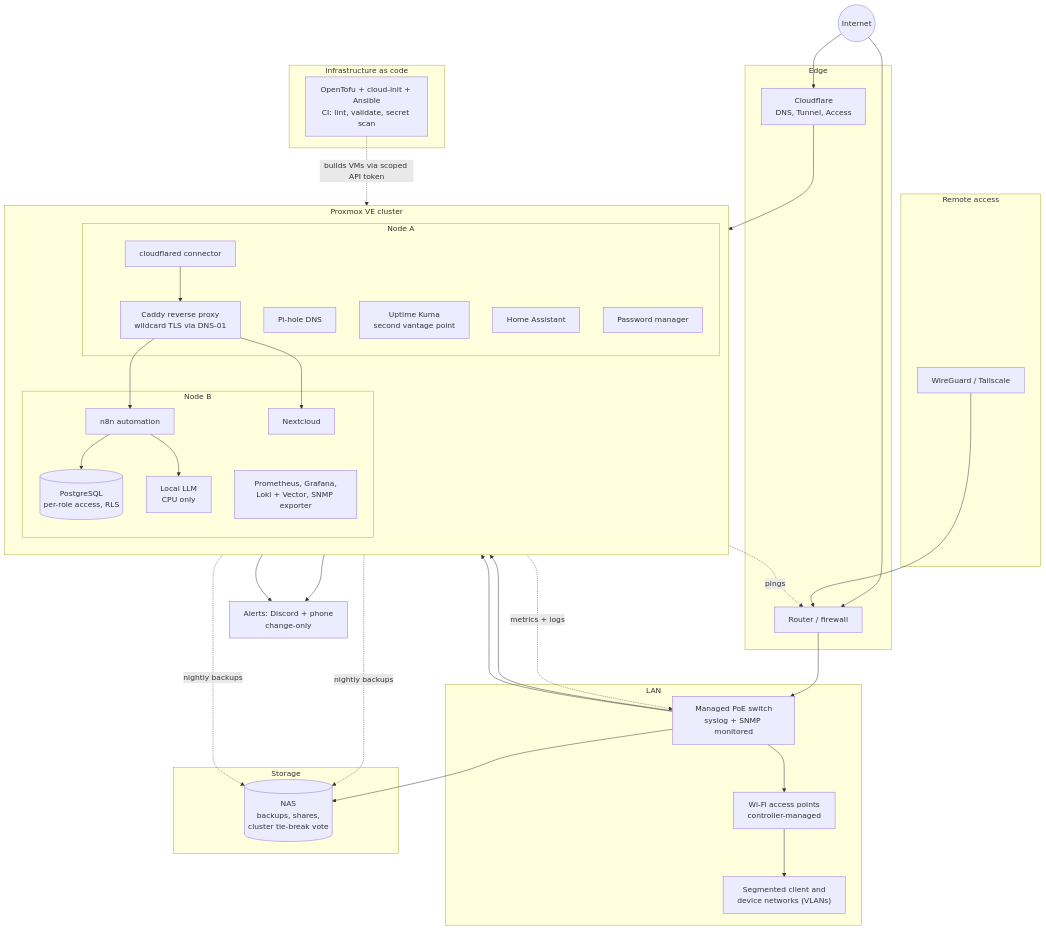
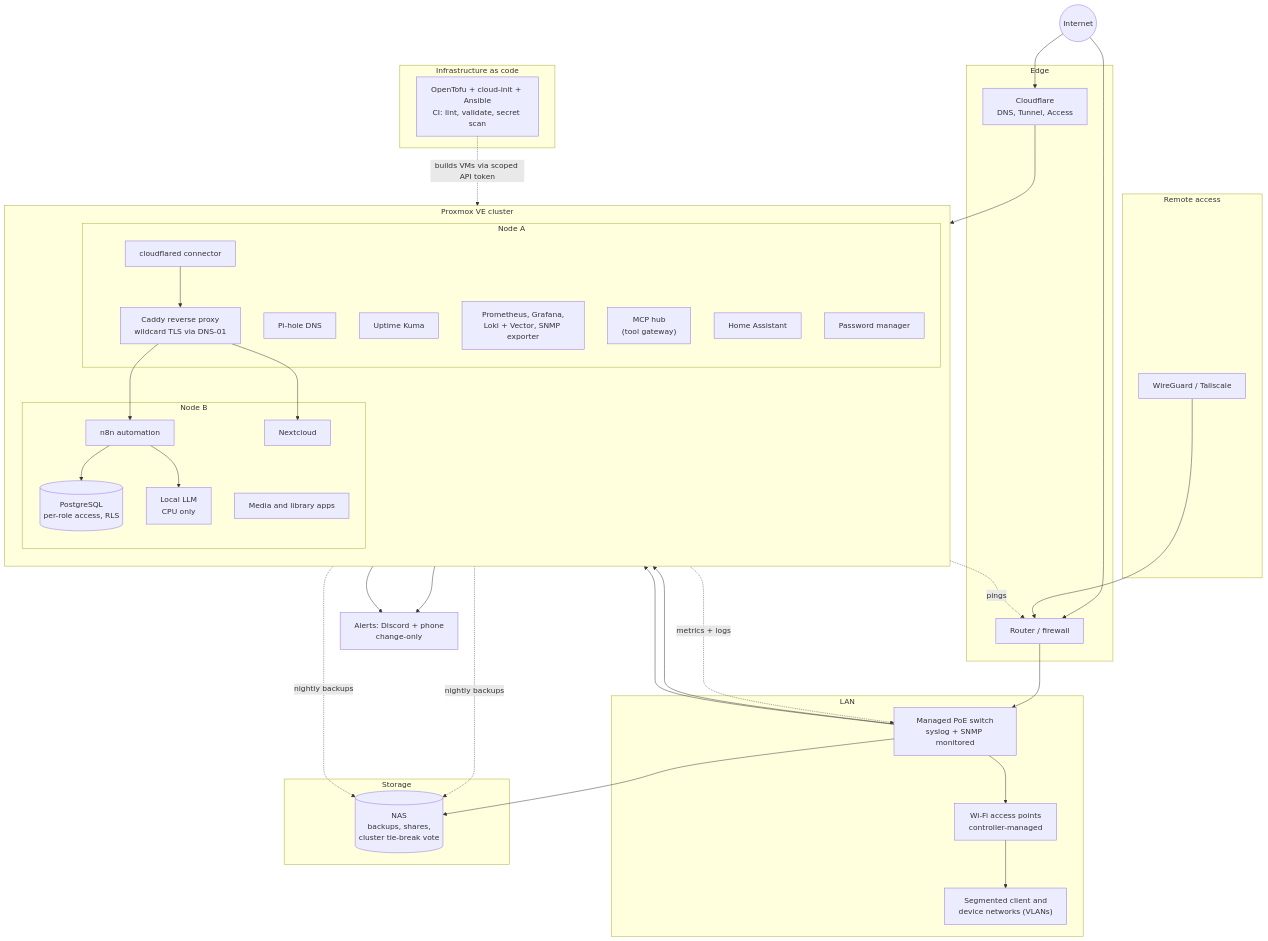
The diagram in homelab-architecture/README.md (ConvictSarge/Projects), drawn with Mermaid before and after one commit. The commit also changed other lines of this file and 1 other file, not shown here.

Commit message:
homelab-architecture: add VLAN network map, correct monitoring placement

````diff
--- a/homelab-architecture/README.md
+++ b/homelab-architecture/README.md
@@ -5,68 +7,70 @@
 ```mermaid
 flowchart TB
     internet((Internet))
 
     subgraph edge["Edge"]
         cf["Cloudflare<br/>DNS, Tunnel, Access"]
         router["Router / firewall"]
     end
 
     subgraph lan["LAN"]
         switch["Managed PoE switch<br/>syslog + SNMP monitored"]
         aps["Wi-Fi access points<br/>controller-managed"]
         segs["Segmented client and<br/>device networks (VLANs)"]
     end
 
     subgraph cluster["Proxmox VE cluster"]
         direction TB
         subgraph nodeA["Node A"]
             dns["Pi-hole DNS"]
             proxy["Caddy reverse proxy<br/>wildcard TLS via DNS-01"]
             tunnel["cloudflared connector"]
-            kuma["Uptime Kuma<br/>second vantage point"]
+            kuma["Uptime Kuma"]
+            obs["Prometheus, Grafana,<br/>Loki + Vector, SNMP exporter"]
+            hub["MCP hub<br/>(tool gateway)"]
             ha["Home Assistant"]
             vault1["Password manager"]
         end
         subgraph nodeB["Node B"]
             n8n["n8n automation"]
             pg[("PostgreSQL<br/>per-role access, RLS")]
             llm["Local LLM<br/>CPU only"]
-            obs["Prometheus, Grafana,<br/>Loki + Vector, SNMP exporter"]
             files["Nextcloud"]
+            media["Media and library apps"]
         end
     end
 
     subgraph storage["Storage"]
         nas[("NAS<br/>backups, shares,<br/>cluster tie-break vote")]
     end
 
     subgraph remote["Remote access"]
         vpn["WireGuard / Tailscale"]
     end
 
     subgraph code["Infrastructure as code"]
         iac["OpenTofu + cloud-init + Ansible<br/>CI: lint, validate, secret scan"]
     end
 
     alerts["Alerts: Discord + phone<br/>change-only"]
 
     internet --> cf --> tunnel
     internet --> router --> switch
     switch --> aps --> segs
     switch --> nodeA
     switch --> nodeB
     switch --> nas
     tunnel --> proxy
     proxy --> n8n
     proxy --> files
     n8n --> pg
     n8n --> llm
     nodeA -. nightly backups .-> nas
     nodeB -. nightly backups .-> nas
     obs -. metrics + logs .-> switch
     kuma -. pings .-> router
     obs --> alerts
     kuma --> alerts
     vpn --> router
     iac -. builds VMs via scoped API token .-> cluster
 ```
````
